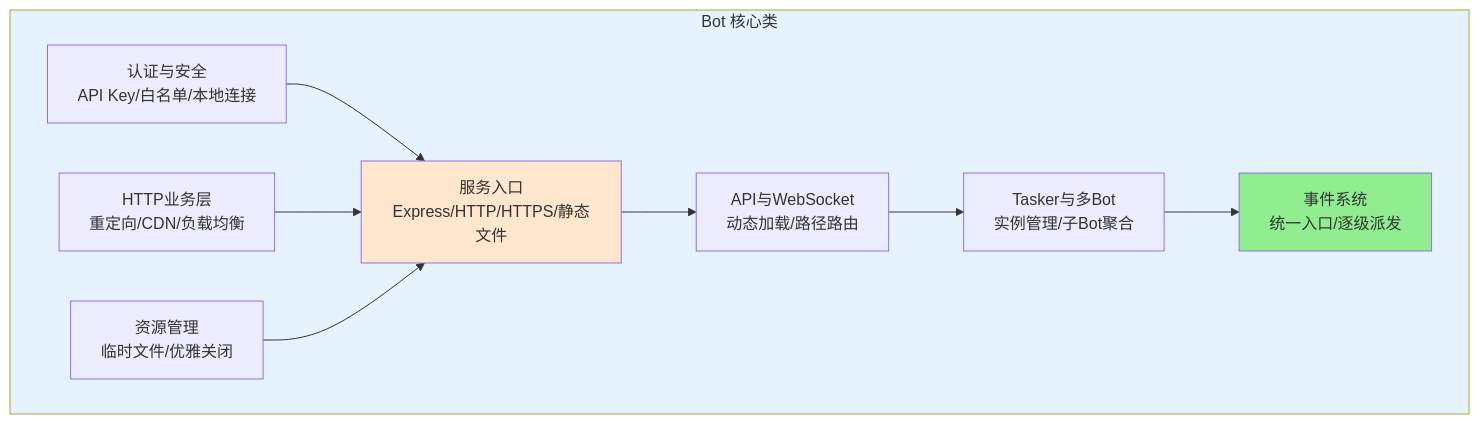
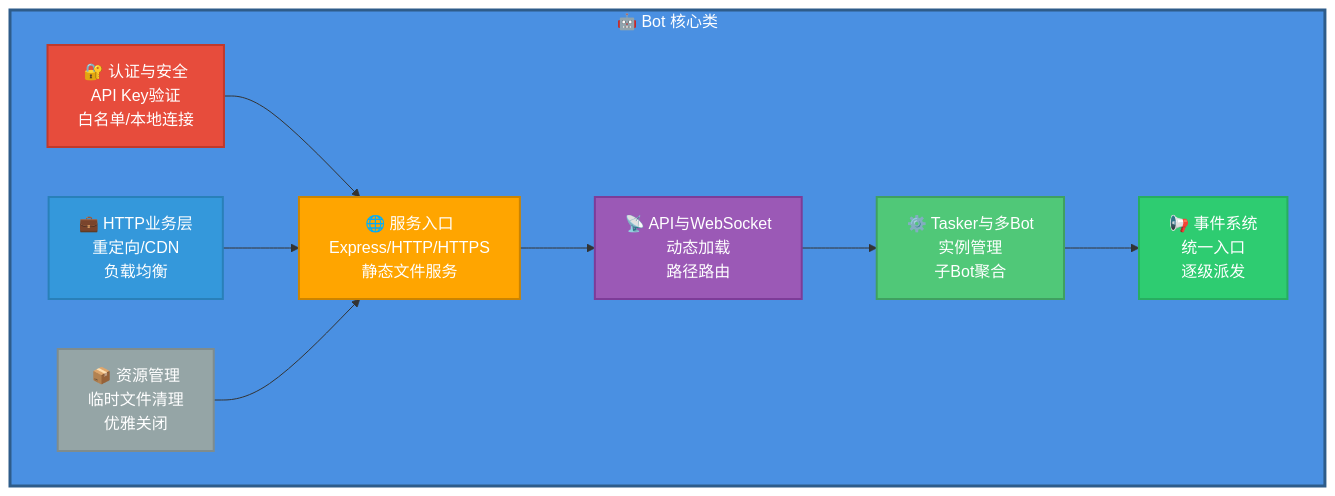
Before and after one commit to sunflowermm/XRK-AGT: the first of 12 diagrams in docs/bot.md, drawn with Mermaid. The commit also changed other lines of this file and 9 other files, not shown here.

````diff
--- a/docs/bot.md
+++ b/docs/bot.md
@@ -71,23 +71,29 @@
 ```mermaid
-graph TB
-    subgraph Bot["Bot 核心类"]
-        Service["服务入口<br/>Express/HTTP/HTTPS/静态文件"]
-        API["API与WebSocket<br/>动态加载/路径路由"]
-        Tasker["Tasker与多Bot<br/>实例管理/子Bot聚合"]
-        Auth["认证与安全<br/>API Key/白名单/本地连接"]
-        Event["事件系统<br/>统一入口/逐级派发"]
-        Business["HTTP业务层<br/>重定向/CDN/负载均衡"]
-        Resource["资源管理<br/>临时文件/优雅关闭"]
+flowchart TB
+    subgraph Bot["🤖 Bot 核心类"]
+        direction LR
+        Service["🌐 服务入口<br/>Express/HTTP/HTTPS<br/>静态文件服务"]
+        API["📡 API与WebSocket<br/>动态加载<br/>路径路由"]
+        Tasker["⚙️ Tasker与多Bot<br/>实例管理<br/>子Bot聚合"]
+        Auth["🔐 认证与安全<br/>API Key验证<br/>白名单/本地连接"]
+        Event["📢 事件系统<br/>统一入口<br/>逐级派发"]
+        Business["💼 HTTP业务层<br/>重定向/CDN<br/>负载均衡"]
+        Resource["📦 资源管理<br/>临时文件清理<br/>优雅关闭"]
     end
     
     Service --> API
     API --> Tasker
     Tasker --> Event
     Auth --> Service
     Business --> Service
     Resource --> Service
     
-    style Bot fill:#E6F3FF
-    style Service fill:#FFE6CC
-    style Event fill:#90EE90
+    style Bot fill:#4A90E2,stroke:#2E5C8A,stroke-width:3px,color:#fff
+    style Service fill:#FFA500,stroke:#CC8400,stroke-width:2px,color:#fff
+    style API fill:#9B59B6,stroke:#7D3C98,stroke-width:2px,color:#fff
+    style Tasker fill:#50C878,stroke:#3FA060,stroke-width:2px,color:#fff
+    style Auth fill:#E74C3C,stroke:#C0392B,stroke-width:2px,color:#fff
+    style Event fill:#2ECC71,stroke:#27AE60,stroke-width:2px,color:#fff
+    style Business fill:#3498DB,stroke:#2980B9,stroke-width:2px,color:#fff
+    style Resource fill:#95A5A6,stroke:#7F8C8D,stroke-width:2px,color:#fff
 ```
````
